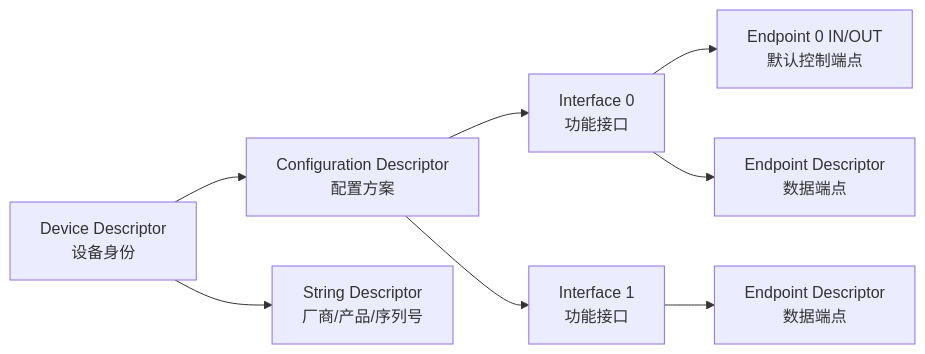
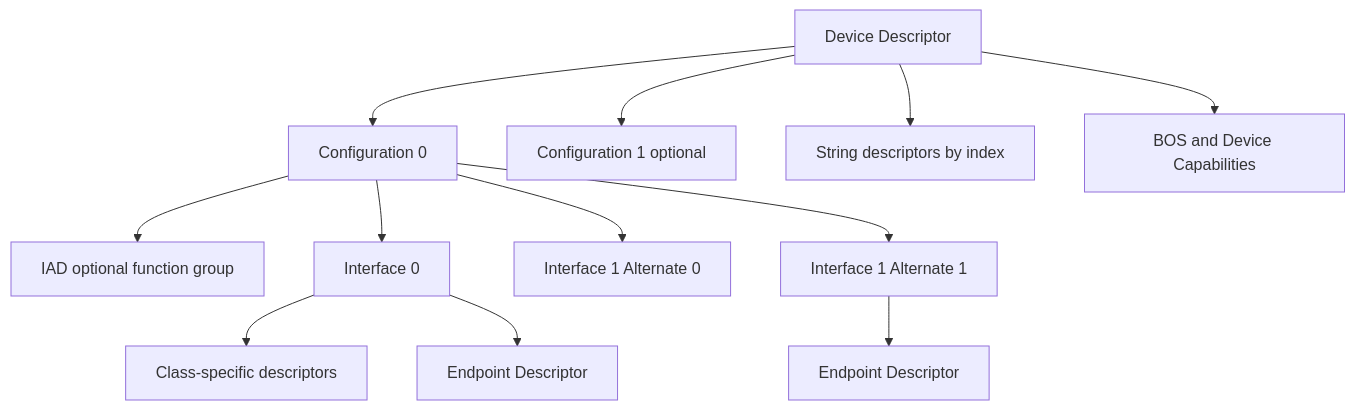
Before and after one commit to cdragon-ljl/EEandEdgeAI: the first of 3 diagrams in docs/articles/usb/usb-03-usb-descriptors-deep-dive.md, drawn with Mermaid. The commit also changed other lines of this file and 2 other files, not shown here.

````diff
--- a/docs/articles/usb/usb-03-usb-descriptors-deep-dive.md
+++ b/docs/articles/usb/usb-03-usb-descriptors-deep-dive.md
@@ -48,10 +30,14 @@
 ```mermaid
-flowchart LR
-    A[Device Descriptor\n设备身份] --> B[Configuration Descriptor\n配置方案]
-    B --> C1[Interface 0\n功能接口]
-    B --> C2[Interface 1\n功能接口]
-    C1 --> D1[Endpoint 0 IN/OUT\n默认控制端点]
-    C1 --> D2[Endpoint Descriptor\n数据端点]
-    C2 --> D3[Endpoint Descriptor\n数据端点]
-    A --> E[String Descriptor\n厂商/产品/序列号]
+flowchart TD
+    DEV[Device Descriptor] --> CFG0[Configuration 0]
+    DEV --> CFG1[Configuration 1 optional]
+    CFG0 --> IAD[IAD optional function group]
+    CFG0 --> IF0[Interface 0]
+    CFG0 --> IF1A0[Interface 1 Alternate 0]
+    CFG0 --> IF1A1[Interface 1 Alternate 1]
+    IF0 --> C0[Class-specific descriptors]
+    IF0 --> EP1[Endpoint Descriptor]
+    IF1A1 --> EP2[Endpoint Descriptor]
+    DEV --> STR[String descriptors by index]
+    DEV --> BOS[BOS and Device Capabilities]
 ```
````
